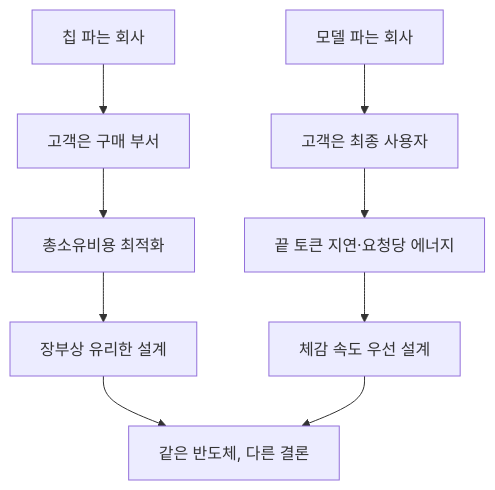
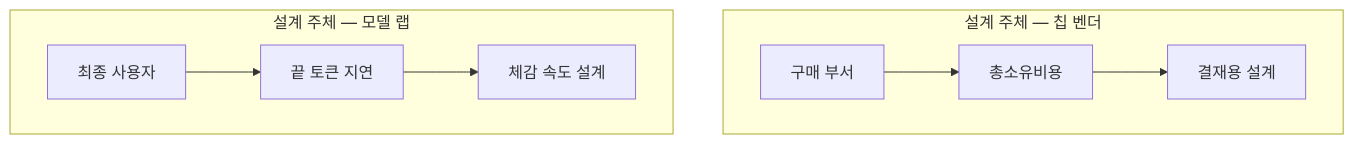
One commit to yohan4477/semi-report changed the first of 7 diagrams in insights/frames/exp/2026-08-27-openai-jalapeno-strategy-opus.md. Above: the diagram before and after it, drawn with Mermaid. The commit also changed other lines of this file and 1 other file, not shown here.

````diff
--- a/insights/frames/exp/2026-08-27-openai-jalapeno-strategy-opus.md
+++ b/insights/frames/exp/2026-08-27-openai-jalapeno-strategy-opus.md
@@ -32,11 +32,11 @@
 ```mermaid
 flowchart TD
-    A["칩 파는 회사"] --> B["고객은 구매 부서"]
-    B --> C["총소유비용 최적화"]
-    C --> D["장부상 유리한 설계"]
-    E["모델 파는 회사"] --> F["고객은 최종 사용자"]
-    F --> G["끝 토큰 지연·요청당 에너지"]
-    G --> H["체감 속도 우선 설계"]
-    D --> I["같은 반도체, 다른 결론"]
-    H --> I
+    subgraph V["설계 주체 — 칩 벤더"]
+        V1["구매 부서"] --> V2["총소유비용"]
+        V2 --> V3["결재용 설계"]
+    end
+    subgraph L["설계 주체 — 모델 랩"]
+        L1["최종 사용자"] --> L2["끝 토큰 지연"]
+        L2 --> L3["체감 속도 설계"]
+    end
 ```
````
